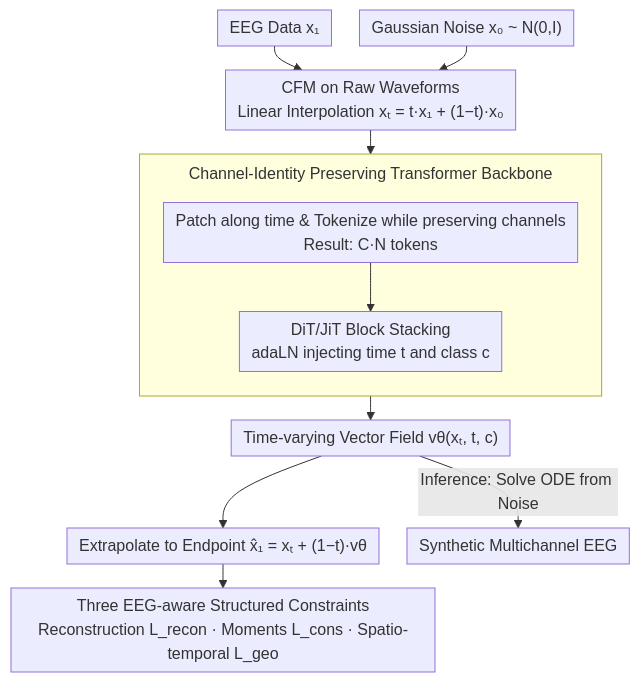
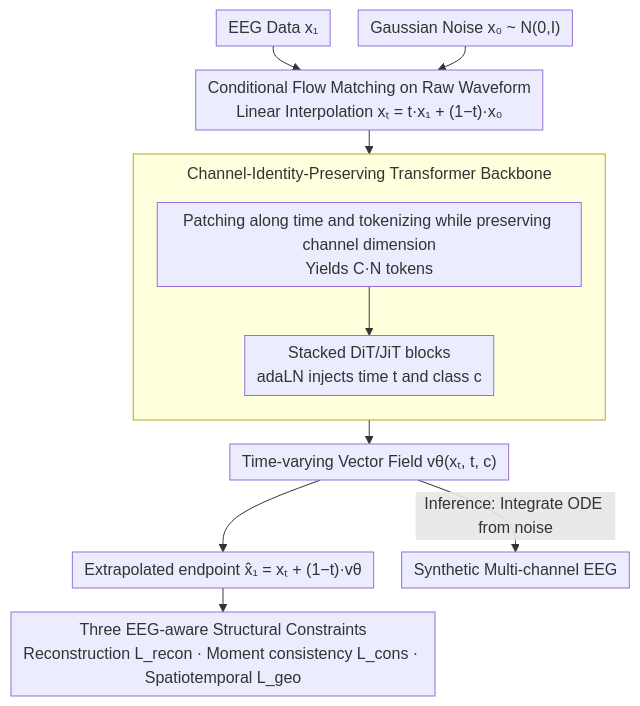
One commit to zhaoyang97/Paper-Notes-en changed the diagram in docs/ICML2026/image_generation/let_eeg_models_learn_eeg.md. Above: the diagram before and after it, drawn with Mermaid. The commit also changed other lines of this file and 5084 other files, not shown here.

````diff
--- a/docs/ICML2026/image_generation/let_eeg_models_learn_eeg.md
+++ b/docs/ICML2026/image_generation/let_eeg_models_learn_eeg.md
@@ -43,15 +43,15 @@
 ```mermaid
 %%{init: {'flowchart': {'rankSpacing': 24, 'nodeSpacing': 28, 'padding': 6, 'wrappingWidth': 400, 'subGraphTitleMargin': {'top': 8, 'bottom': 16}}}}%%
 flowchart TD
     X1["EEG Data x₁"] --> CFM
     X0["Gaussian Noise x₀ ~ N(0,I)"] --> CFM
-    CFM["CFM on Raw Waveforms<br/>Linear Interpolation xₜ = t·x₁ + (1−t)·x₀"] --> BB
-    subgraph BB["Channel-Identity Preserving Transformer Backbone"]
+    CFM["Conditional Flow Matching on Raw Waveform<br/>Linear Interpolation xₜ = t·x₁ + (1−t)·x₀"] --> BB
+    subgraph BB["Channel-Identity-Preserving Transformer Backbone"]
         direction TB
-        TK["Patch along time & Tokenize while preserving channels<br/>Result: C·N tokens"] --> DiT["DiT/JiT Block Stacking<br/>adaLN injecting time t and class c"]
+        TK["Patching along time and tokenizing while preserving channel dimension<br/>Yields C·N tokens"] --> DiT["Stacked DiT/JiT blocks<br/>adaLN injects time t and class c"]
     end
     BB --> V["Time-varying Vector Field vθ(xₜ, t, c)"]
-    V --> EX["Extrapolate to Endpoint x̂₁ = xₜ + (1−t)·vθ"]
-    EX --> C["Three EEG-aware Structured Constraints<br/>Reconstruction L_recon · Moments L_cons · Spatio-temporal L_geo"]
-    V -->|"Inference: Solve ODE from Noise"| OUT["Synthetic Multichannel EEG"]
+    V --> EX["Extrapolated endpoint x̂₁ = xₜ + (1−t)·vθ"]
+    EX --> C["Three EEG-aware Structural Constraints<br/>Reconstruction L_recon · Moment consistency L_cons · Spatiotemporal L_geo"]
+    V -->|"Inference: Integrate ODE from noise"| OUT["Synthetic Multi-channel EEG"]
 ```
````
